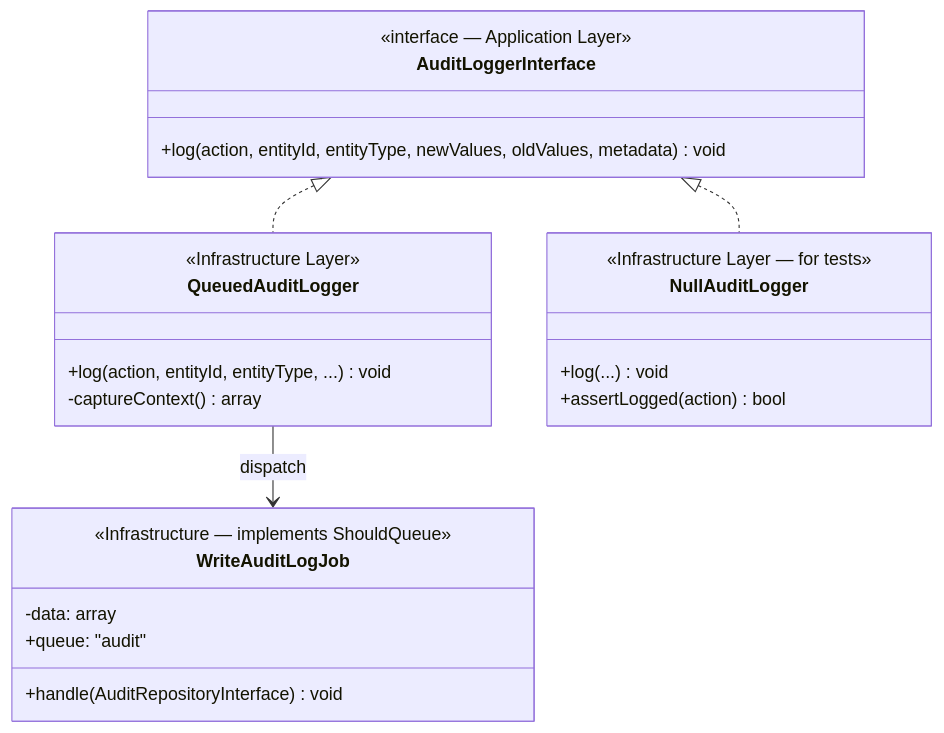
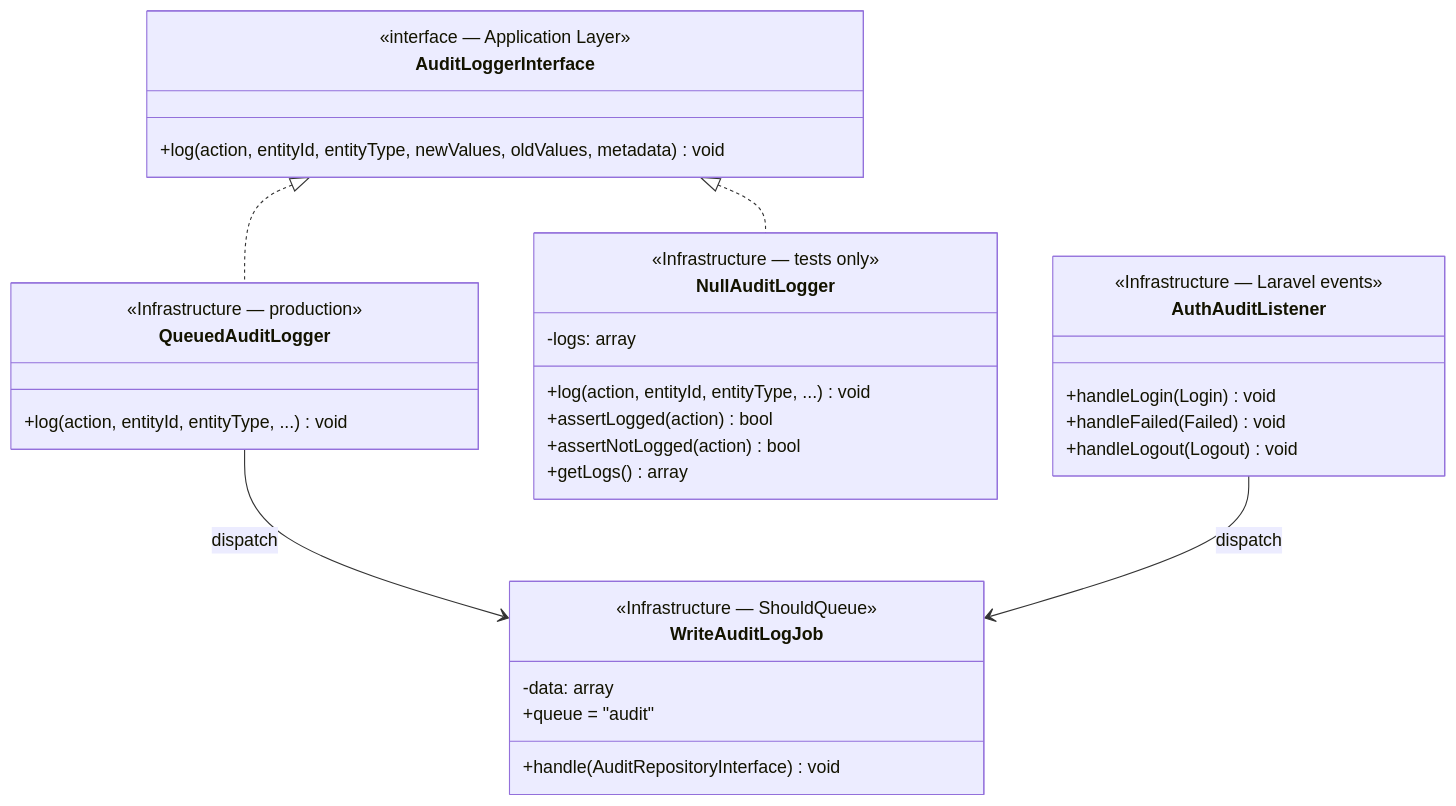
The third of 6 diagrams in docs/product/AUDIT_SYSTEM/02-ARCHITECTURE.md (mypham773734/sass-dashboard-tenant-project), drawn with Mermaid before and after one commit. The commit also changed other lines of this file and 38 other files, not shown here.

````diff
--- a/docs/product/AUDIT_SYSTEM/02-ARCHITECTURE.md
+++ b/docs/product/AUDIT_SYSTEM/02-ARCHITECTURE.md
@@ -116,30 +84,40 @@
 ```mermaid
 classDiagram
     class AuditLoggerInterface {
         <<interface — Application Layer>>
         +log(action, entityId, entityType, newValues, oldValues, metadata) void
     }
 
     class QueuedAuditLogger {
-        <<Infrastructure Layer>>
+        <<Infrastructure — production>>
         +log(action, entityId, entityType, ...) void
-        -captureContext() array
     }
 
     class NullAuditLogger {
-        <<Infrastructure Layer — for tests>>
-        +log(...) void
+        <<Infrastructure — tests only>>
+        -logs: array
+        +log(action, entityId, entityType, ...) void
         +assertLogged(action) bool
+        +assertNotLogged(action) bool
+        +getLogs() array
     }
 
     class WriteAuditLogJob {
-        <<Infrastructure — implements ShouldQueue>>
+        <<Infrastructure — ShouldQueue>>
         -data: array
+        +queue = "audit"
         +handle(AuditRepositoryInterface) void
-        +queue: "audit"
+    }
+
+    class AuthAuditListener {
+        <<Infrastructure — Laravel events>>
+        +handleLogin(Login) void
+        +handleFailed(Failed) void
+        +handleLogout(Logout) void
     }
 
     AuditLoggerInterface <|.. QueuedAuditLogger
     AuditLoggerInterface <|.. NullAuditLogger
     QueuedAuditLogger --> WriteAuditLogJob : dispatch
+    AuthAuditListener --> WriteAuditLogJob : dispatch
 ```
````
